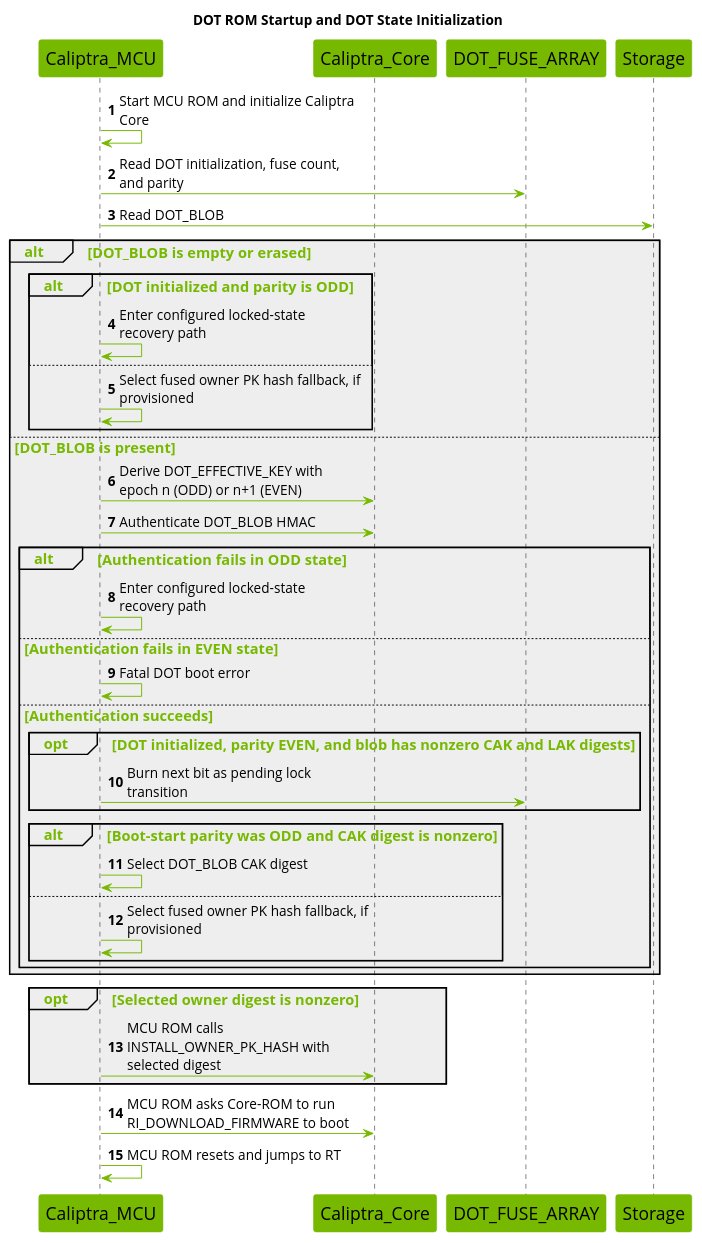
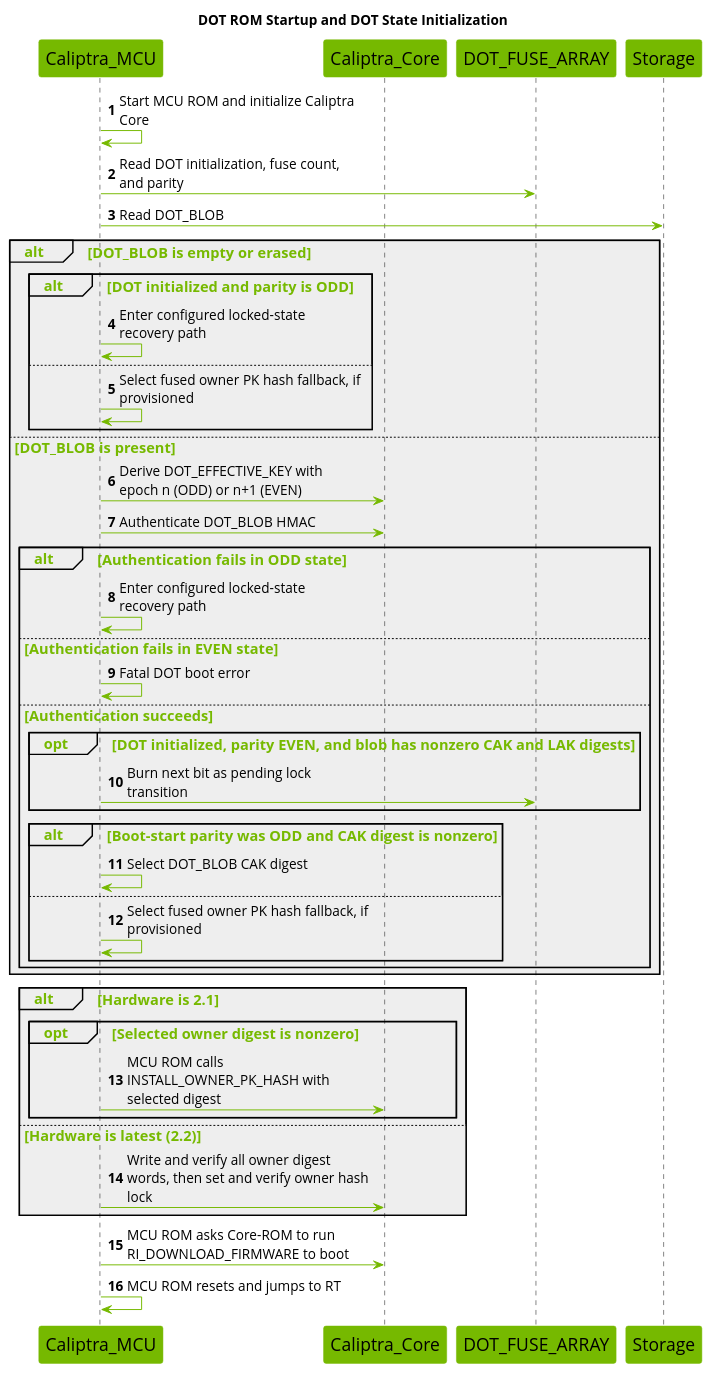
The first of 7 diagrams in docs/src/dot.md (chipsalliance/caliptra-mcu-sw), drawn with PlantUML before and after one commit. The commit also changed other lines of this file and 35 other files, not shown here.

First line of the commit message:
feat: add pinned Caliptra core version switching

````diff
--- a/docs/src/dot.md
+++ b/docs/src/dot.md
@@ -282,71 +283,75 @@
 ```plantuml
 @startuml
 title DOT ROM Startup and DOT State Initialization
 
 skinparam maxMessageSize 250
 skinparam wrapWidth 700
 skinparam backgroundColor white
 skinparam NoteBackgroundColor #76b900
 skinparam NoteFontSize 14
 skinparam SequenceGroupBodyBackgroundColor #EEEEEE
 skinparam defaultFontName Open Sans
 
 skinparam sequence {
     ArrowColor #76b900
     ActorBorderColor #76b900
     LifeLineBorderColor #000000
     LifeLineBackgroundColor #76b900
     GroupHeaderFontsize 15
     GroupHeaderFontColor #76b900
     GroupFontSize 15
     GroupFontColor #76b900
     ArrowFontSize 15
     ParticipantBorderColor #76b900
     ParticipantBackgroundColor #76b900
     ParticipantFontSize 18
     ParticipantFontColor black
     ArrowFontSize 14
 }
 
 participant Caliptra_MCU
 participant Caliptra_Core
 participant DOT_FUSE_ARRAY
 participant Storage
 
 autonumber
 
 Caliptra_MCU -> Caliptra_MCU : Start MCU ROM and initialize Caliptra Core
 Caliptra_MCU -> DOT_FUSE_ARRAY : Read DOT initialization, fuse count, and parity
 Caliptra_MCU -> Storage : Read DOT_BLOB
 alt DOT_BLOB is empty or erased
     alt DOT initialized and parity is ODD
         Caliptra_MCU -> Caliptra_MCU : Enter configured locked-state recovery path
     else
         Caliptra_MCU -> Caliptra_MCU : Select fused owner PK hash fallback, if provisioned
     end
 else DOT_BLOB is present
     Caliptra_MCU -> Caliptra_Core : Derive DOT_EFFECTIVE_KEY with epoch n (ODD) or n+1 (EVEN)
     Caliptra_MCU -> Caliptra_Core : Authenticate DOT_BLOB HMAC
     alt Authentication fails in ODD state
         Caliptra_MCU -> Caliptra_MCU : Enter configured locked-state recovery path
     else Authentication fails in EVEN state
         Caliptra_MCU -> Caliptra_MCU : Fatal DOT boot error
     else Authentication succeeds
         opt DOT initialized, parity EVEN, and blob has nonzero CAK and LAK digests
             Caliptra_MCU -> DOT_FUSE_ARRAY : Burn next bit as pending lock transition
         end
         alt Boot-start parity was ODD and CAK digest is nonzero
             Caliptra_MCU -> Caliptra_MCU : Select DOT_BLOB CAK digest
         else
             Caliptra_MCU -> Caliptra_MCU : Select fused owner PK hash fallback, if provisioned
         end
     end
 end
-opt Selected owner digest is nonzero
-    Caliptra_MCU -> Caliptra_Core : MCU ROM calls INSTALL_OWNER_PK_HASH with selected digest
+alt Hardware is 2.1
+    opt Selected owner digest is nonzero
+        Caliptra_MCU -> Caliptra_Core : MCU ROM calls INSTALL_OWNER_PK_HASH with selected digest
+    end
+else Hardware is latest (2.2)
+    Caliptra_MCU -> Caliptra_Core : Write and verify all owner digest words, then set and verify owner hash lock
 end
 Caliptra_MCU -> Caliptra_Core : MCU ROM asks Core-ROM to run RI_DOWNLOAD_FIRMWARE to boot
 Caliptra_MCU -> Caliptra_MCU : MCU ROM resets and jumps to RT
 
 @enduml
 ```
````
